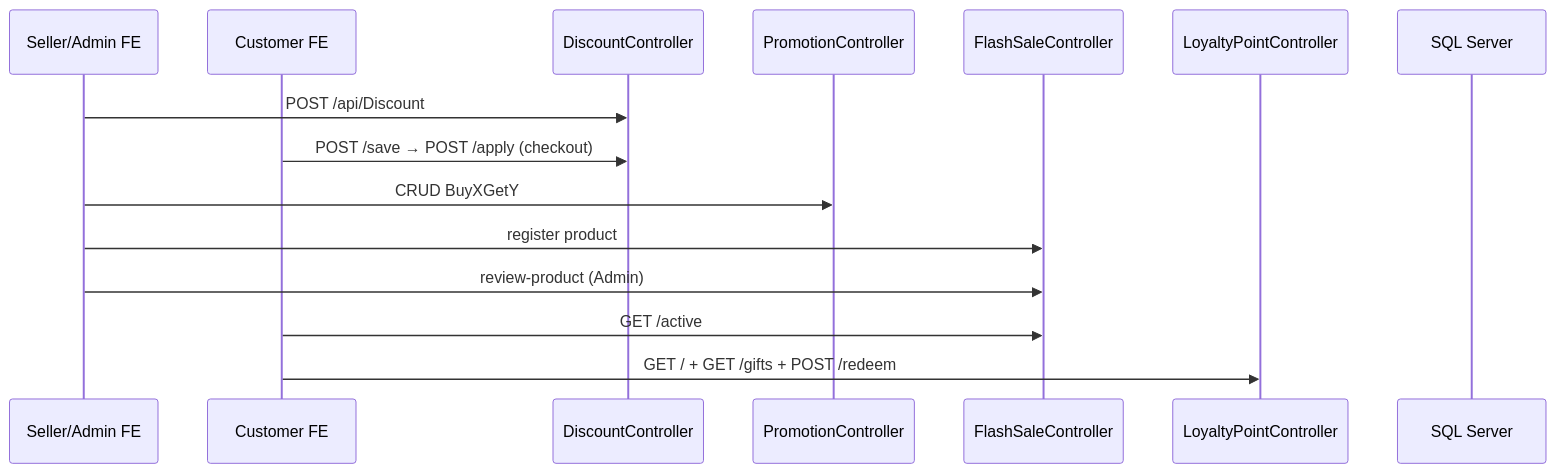
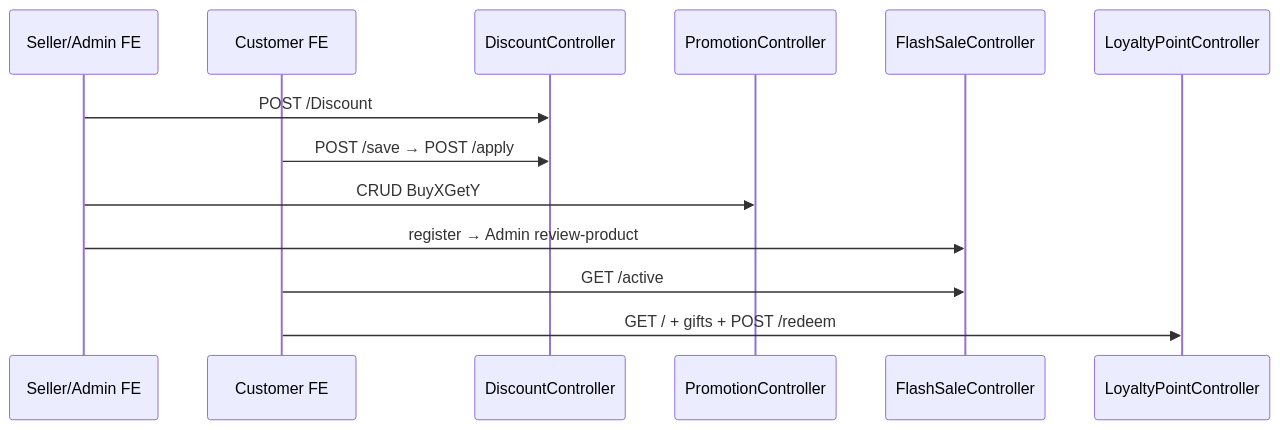
The diagram in docs/workflows/Promotion_Loyalty_Workflow.md (hieunh2xx/Shopping-Food), drawn with Mermaid before and after one commit. The commit also changed other lines of this file and 12 other files, not shown here.

````diff
--- a/docs/workflows/Promotion_Loyalty_Workflow.md
+++ b/docs/workflows/Promotion_Loyalty_Workflow.md
@@ -159,18 +296,16 @@
 ```mermaid
 sequenceDiagram
     participant Seller as Seller/Admin FE
     participant Cust as Customer FE
     participant D as DiscountController
     participant P as PromotionController
     participant F as FlashSaleController
     participant L as LoyaltyPointController
-    participant DB as SQL Server
 
-    Seller->>D: POST /api/Discount
-    Cust->>D: POST /save → POST /apply (checkout)
+    Seller->>D: POST /Discount
+    Cust->>D: POST /save → POST /apply
     Seller->>P: CRUD BuyXGetY
-    Seller->>F: register product
-    Seller->>F: review-product (Admin)
+    Seller->>F: register → Admin review-product
     Cust->>F: GET /active
-    Cust->>L: GET / + GET /gifts + POST /redeem
+    Cust->>L: GET / + gifts + POST /redeem
 ```
````
